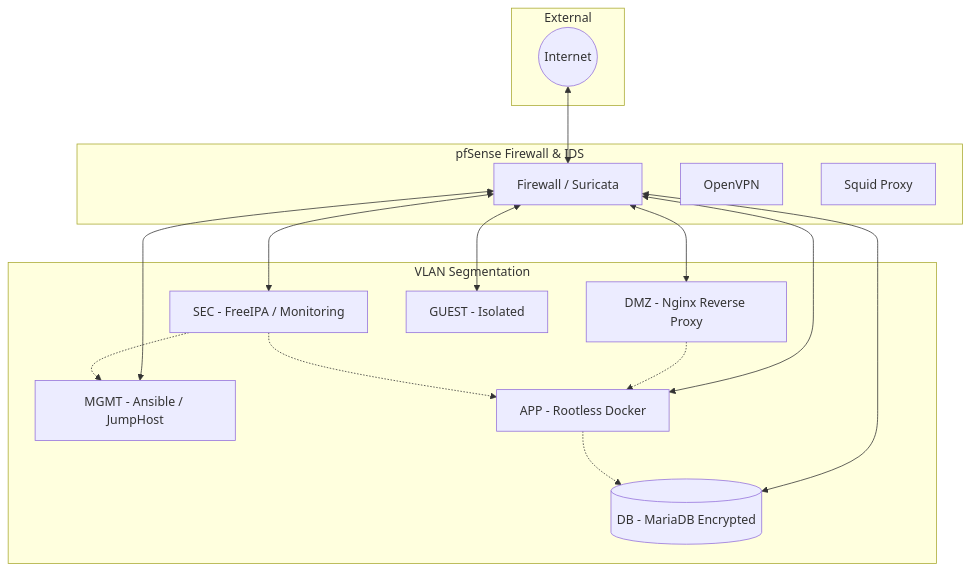
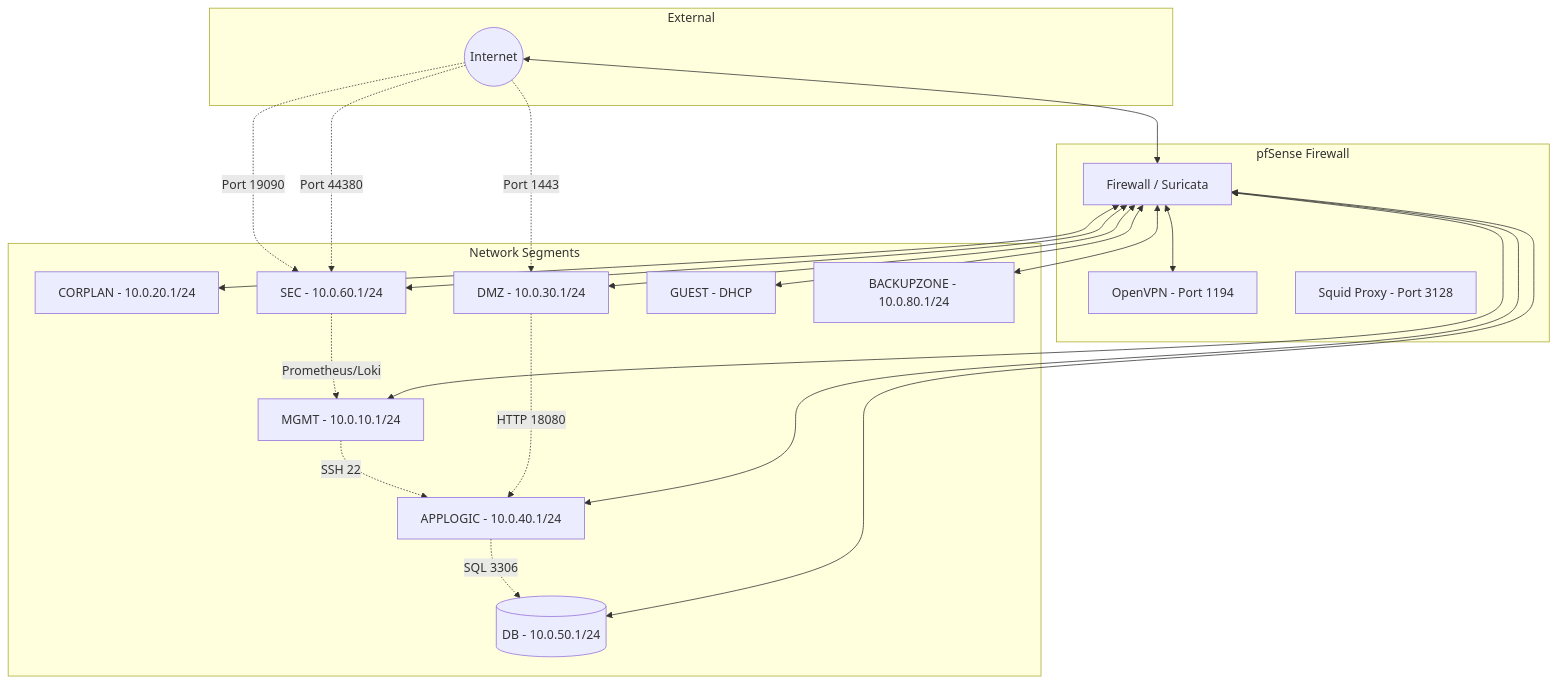
The diagram in README.md (enveronderuslu/Zero_Trust_Data_Center), drawn with Mermaid before and after one commit.

````diff
--- a/README.md
+++ b/README.md
@@ -75,35 +73,48 @@
 ```mermaid
 graph TD
-    subgraph External
+    subgraph External_Network [External]
         Internet((Internet))
     end
 
-    subgraph Security_Gateway [pfSense Firewall & IDS]
+    subgraph Gateway [pfSense Firewall]
         FW[Firewall / Suricata]
-        VPN[OpenVPN]
-        Proxy[Squid Proxy]
+        VPN[OpenVPN - Port 1194]
+        Squid[Squid Proxy - Port 3128]
     end
 
-    subgraph Networks [VLAN Segmentation]
-        MGMT[MGMT - Ansible / JumpHost]
-        DMZ[DMZ - Nginx Reverse Proxy]
-        APP[APP - Rootless Docker]
-        DB[(DB - MariaDB Encrypted)]
-        SEC[SEC - FreeIPA / Monitoring]
-        GUEST[GUEST - Isolated]
+    subgraph VLAN_Segmentation [Network Segments]
+        MGMT[MGMT - 10.0.10.1/24]
+        CORPLAN[CORPLAN - 10.0.20.1/24]
+        DMZ[DMZ - 10.0.30.1/24]
+        APP[APPLOGIC - 10.0.40.1/24]
+        DB[(DB - 10.0.50.1/24)]
+        SEC[SEC - 10.0.60.1/24]
+        GUEST[GUEST - DHCP]
+        BACKUP[BACKUPZONE - 10.0.80.1/24]
     end
 
+    %% External Connections
     Internet <--> FW
+    FW <--> VPN
+    
+    %% NAT & Port Forwarding Logic
+    Internet -.->|Port 1443| DMZ
+    Internet -.->|Port 44380| SEC
+    Internet -.->|Port 19090| SEC
+
+    %% Internal Routing
     FW <--> MGMT
+    FW <--> CORPLAN
     FW <--> DMZ
     FW <--> APP
     FW <--> DB
     FW <--> SEC
     FW <--> GUEST
+    FW <--> BACKUP
 
-    %% Traffic Flow Examples
-    DMZ -.-> APP
-    APP -.-> DB
-    SEC -.-> MGMT
-    SEC -.-> APP
+    %% Specific Communication Rules from Config
+    DMZ -.->|HTTP 18080| APP
+    APP -.->|SQL 3306| DB
+    MGMT -.->|SSH 22| APP
+    SEC -.->|Prometheus/Loki| MGMT
 ```
````
